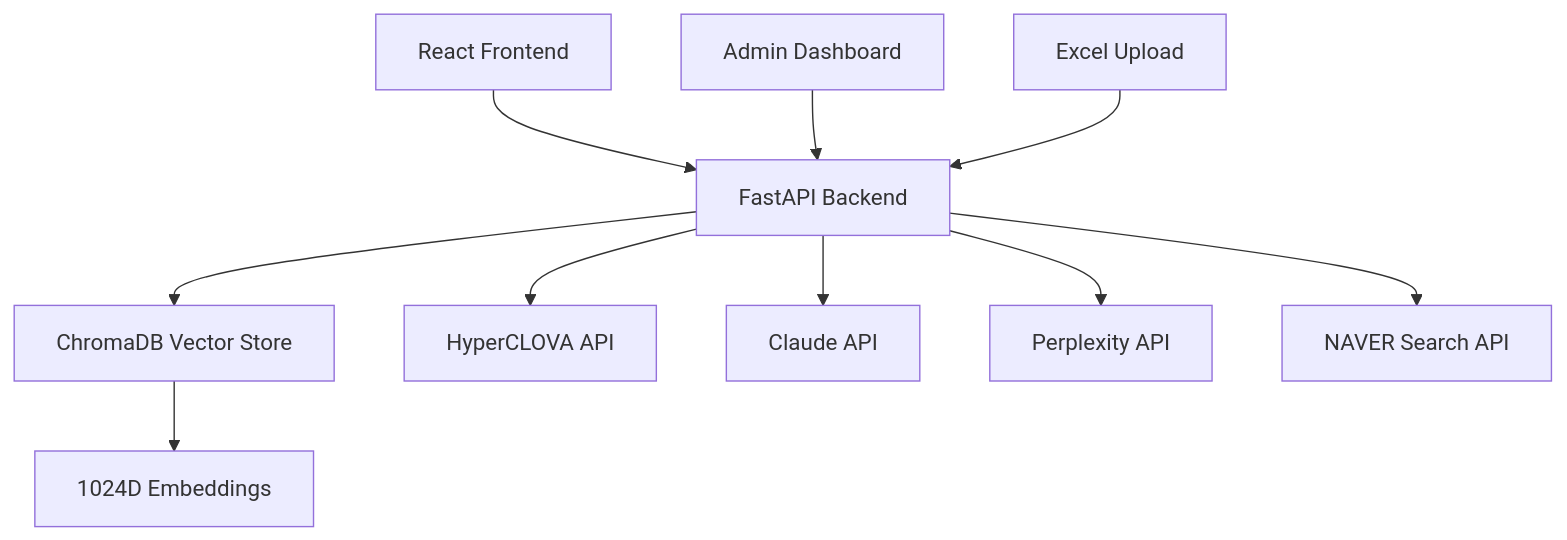
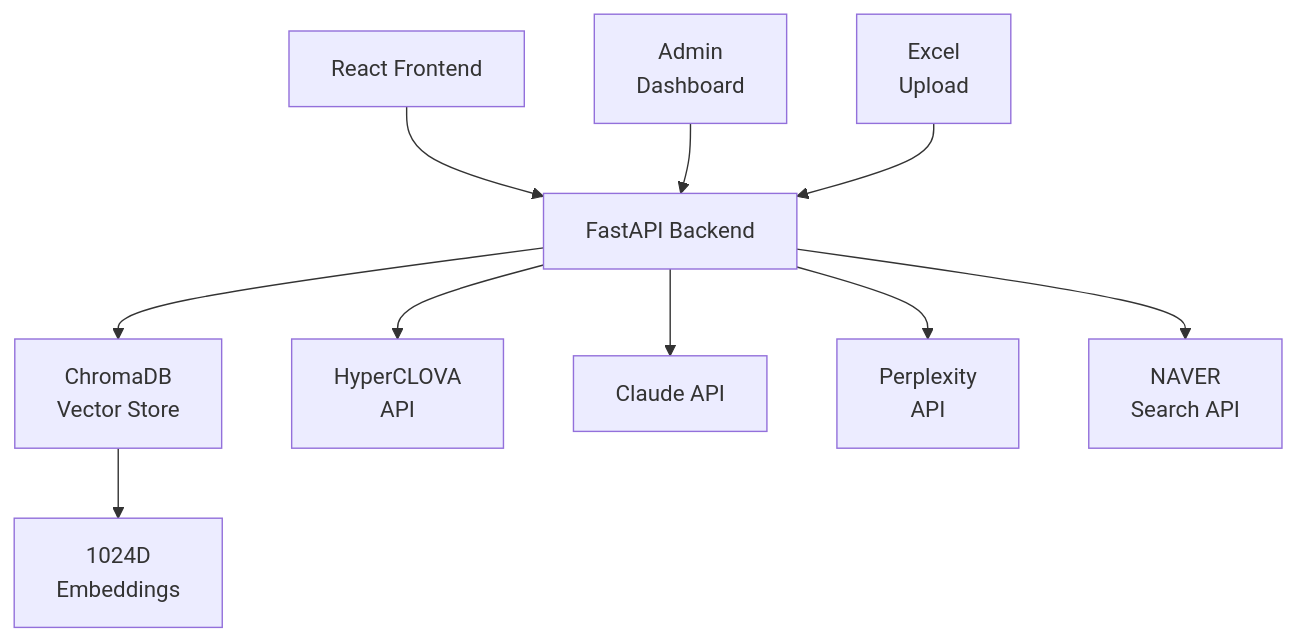
The diagram in README.md (IronhawkReigns/msp-evaluator), drawn with Mermaid before and after one commit. The commit also changed other lines of this file, not shown here.

````diff
--- a/README.md
+++ b/README.md
@@ -24,12 +24,12 @@
 ```mermaid
 graph TB
     A[React Frontend] --> B[FastAPI Backend]
-    B --> C[ChromaDB Vector Store]
-    B --> D[HyperCLOVA API]
+    B --> C[ChromaDB<br/>Vector Store]
+    B --> D[HyperCLOVA<br/>API]
     B --> E[Claude API]
-    B --> F[Perplexity API]
-    B --> G[NAVER Search API]
-    C --> H[1024D Embeddings]
-    I[Admin Dashboard] --> B
-    J[Excel Upload] --> B
+    B --> F[Perplexity<br/>API]
+    B --> G[NAVER<br/>Search API]
+    C --> H[1024D<br/>Embeddings]
+    I[Admin<br/>Dashboard] --> B
+    J[Excel<br/>Upload] --> B
 ```
````
